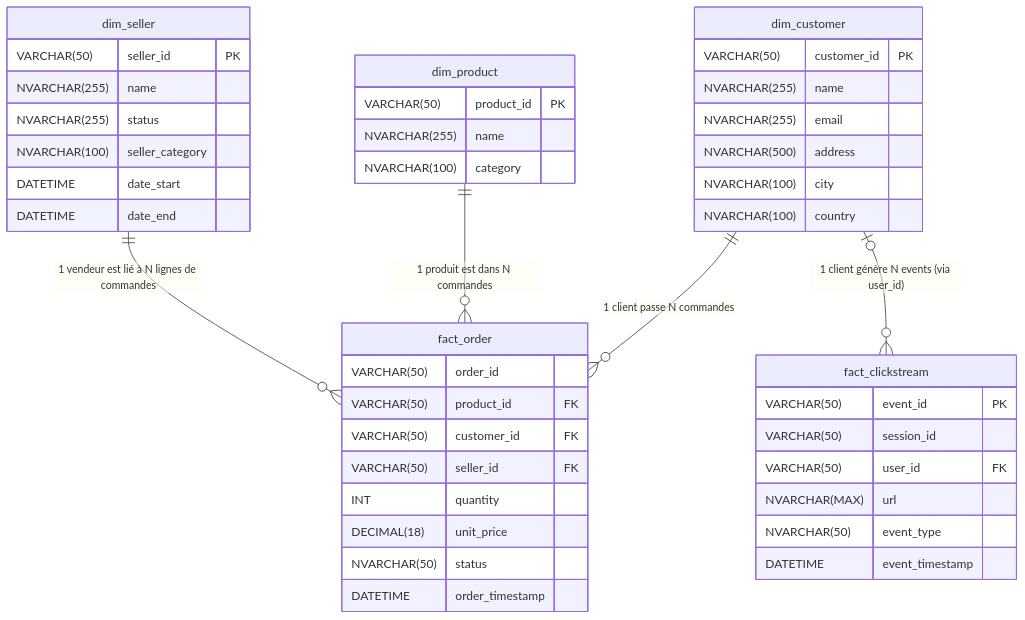
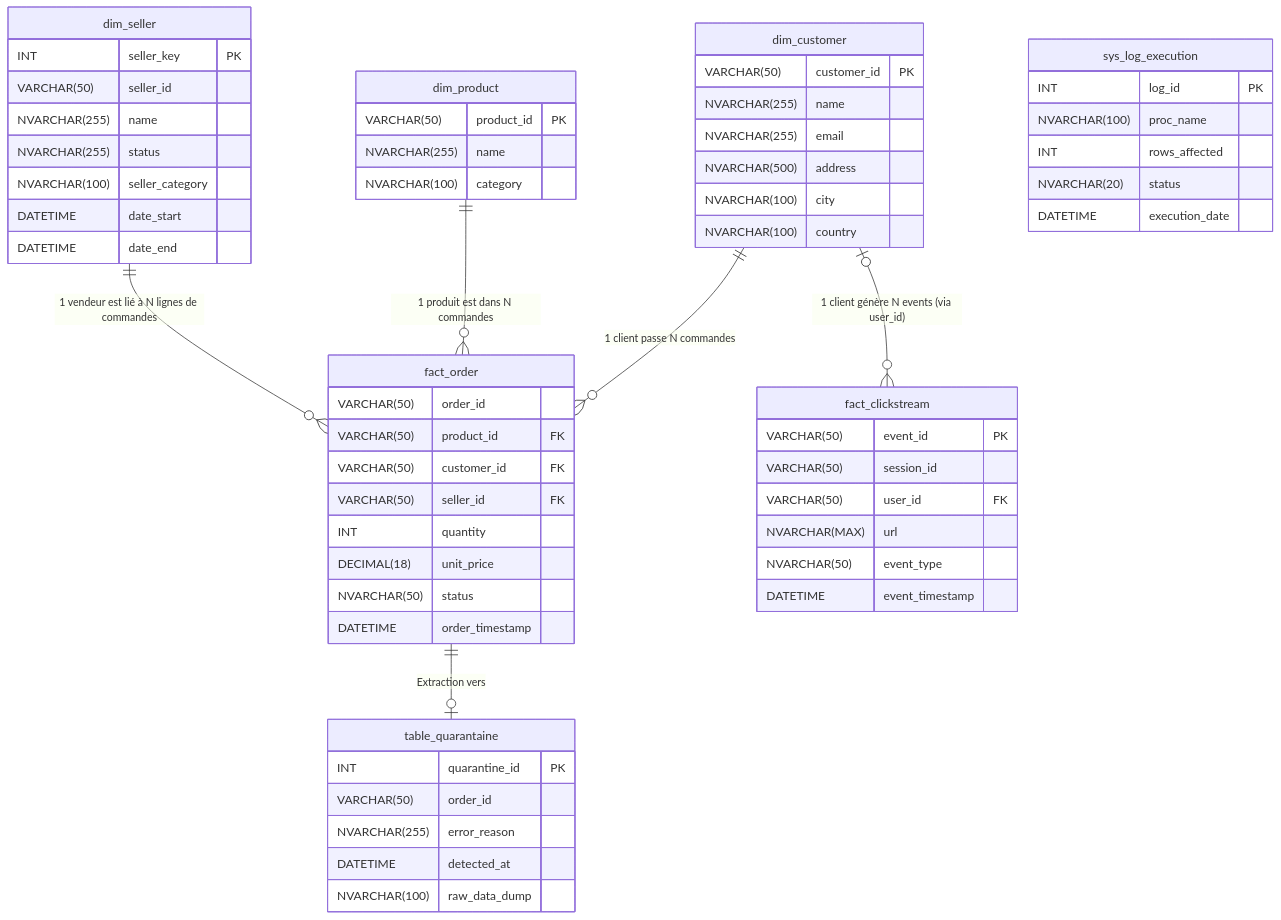
One commit to bn-pam/dwh_terraform changed the third of 11 diagrams in _certification/redac_etude_de_cas.md. Above: the diagram before and after it, drawn with Mermaid. The commit also changed other lines of this file and 16 other files, not shown here.

````diff
--- a/_certification/redac_etude_de_cas.md
+++ b/_certification/redac_etude_de_cas.md
@@ -116,58 +112,79 @@
 ```mermaid
 erDiagram
     %% Relations
     dim_customer ||--o{ fact_order : "1 client passe N commandes"
     dim_product ||--o{ fact_order : "1 produit est dans N commandes"
     dim_customer |o--o{ fact_clickstream : "1 client génère N events (via user_id)"
     dim_seller ||--o{ fact_order : "1 vendeur est lié à N lignes de commandes"
 
+    %% Relation de Maintenance
+    fact_order ||--o| table_quarantaine : "Extraction vers"
 
     %% Table: dim_customer
     dim_customer {
         VARCHAR(50) customer_id PK
         NVARCHAR(255) name
         NVARCHAR(255) email
         NVARCHAR(500) address
         NVARCHAR(100) city
         NVARCHAR(100) country
     }
 
     %% Table: dim_product
     dim_product {
         VARCHAR(50) product_id PK
         NVARCHAR(255) name
         NVARCHAR(100) category
     }
 
     %% Table: fact_order
     fact_order {
         VARCHAR(50) order_id
         VARCHAR(50) product_id FK
         VARCHAR(50) customer_id FK
         VARCHAR(50) seller_id FK
         INT quantity
         DECIMAL(18) unit_price
         NVARCHAR(50) status
         DATETIME order_timestamp
     }
 
     %% Table: fact_clickstream
     fact_clickstream {
         VARCHAR(50) event_id PK
         VARCHAR(50) session_id
         VARCHAR(50) user_id FK
         NVARCHAR(MAX) url
         NVARCHAR(50) event_type
         DATETIME event_timestamp
     }
     
      %% Table: dim_seller, 1 ligne par version du vendeur (SCD type 2)
     dim_seller {
-        VARCHAR(50) seller_id PK
+        INT seller_key PK
+        VARCHAR(50) seller_id
         NVARCHAR(255) name
         NVARCHAR(255) status
         NVARCHAR(100) seller_category
         DATETIME date_start
         DATETIME date_end
     }
+    
+    %% La table de mise en quarantaine des données non conformes
+    table_quarantaine {
+        INT quarantine_id PK
+        VARCHAR(50) order_id
+        NVARCHAR(255) error_reason
+        DATETIME detected_at
+        NVARCHAR(100) raw_data_dump
+    }
+    
+    %% Table pour le logging des exécutions de procédures stockées
+    sys_log_execution {
+        INT log_id PK
+        NVARCHAR(100) proc_name
+        INT rows_affected
+        NVARCHAR(20) status
+        DATETIME execution_date
+    }
 ```
````
